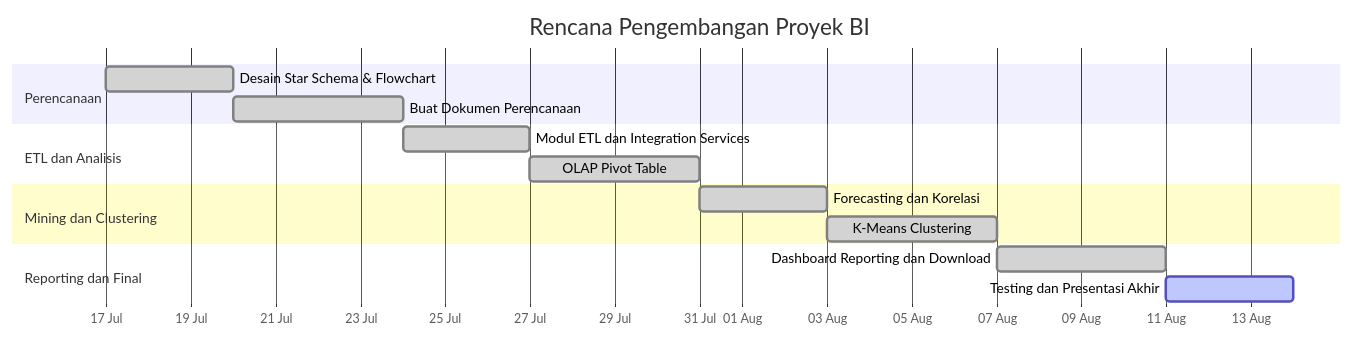
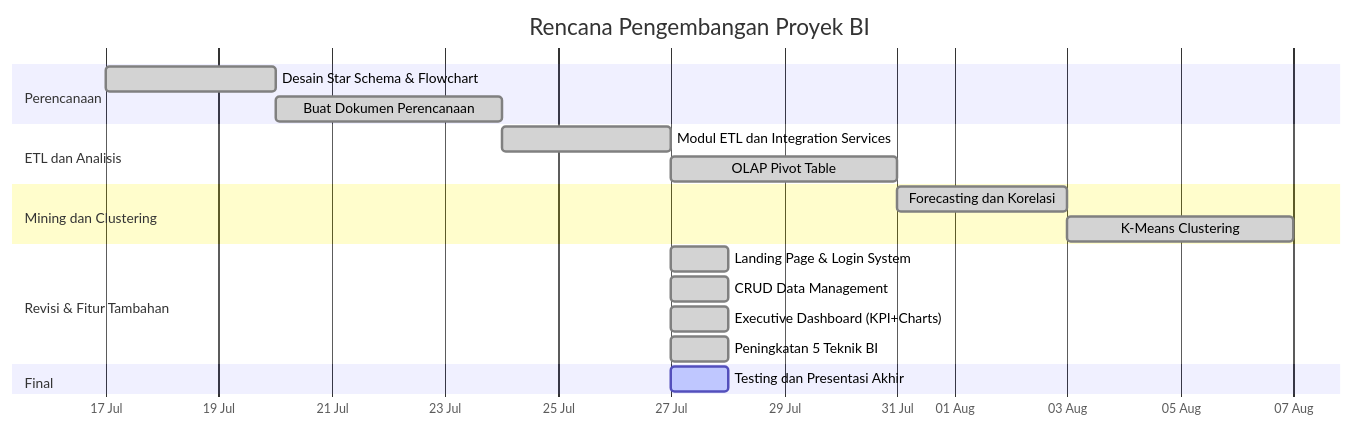
Before and after one commit to Yoohash-noob/bi-dashboard-analytics: the third of 3 diagrams in PLANNING.md, drawn with Mermaid. The commit also changed other lines of this file and 10 other files, not shown here.

Commit message:
feat: revisi besar - landing page, CRUD, executive dashboard, peningkatan 5 teknik BI, fix CSS AdminHomeTab, update PLANNING.md

````diff
--- a/PLANNING.md
+++ b/PLANNING.md
@@ -258,22 +301,27 @@
 ```mermaid
 gantt
     title Rencana Pengembangan Proyek BI
     dateFormat  YYYY-MM-DD
     axisFormat  %d %b
 
     section Perencanaan
     Desain Star Schema & Flowchart    :done, w1a, 2026-07-17, 3d
     Buat Dokumen Perencanaan          :done, w1b, after w1a, 4d
 
     section ETL dan Analisis
     Modul ETL dan Integration Services :done, w2a, 2026-07-24, 3d
     OLAP Pivot Table                   :done, w2b, after w2a, 4d
 
     section Mining dan Clustering
     Forecasting dan Korelasi          :done, w3a, 2026-07-31, 3d
     K-Means Clustering                :done, w3b, after w3a, 4d
 
-    section Reporting dan Final
-    Dashboard Reporting dan Download  :done,   w4a, 2026-08-07, 4d
-    Testing dan Presentasi Akhir      :active, w4b, after w4a, 3d
+    section Revisi & Fitur Tambahan
+    Landing Page & Login System       :done, w4a, 2026-07-27, 1d
+    CRUD Data Management              :done, w4b, 2026-07-27, 1d
+    Executive Dashboard (KPI+Charts)  :done, w4c, 2026-07-27, 1d
+    Peningkatan 5 Teknik BI           :done, w4d, 2026-07-27, 1d
+
+    section Final
+    Testing dan Presentasi Akhir      :active, w5a, 2026-07-27, 1d
 ```
````
